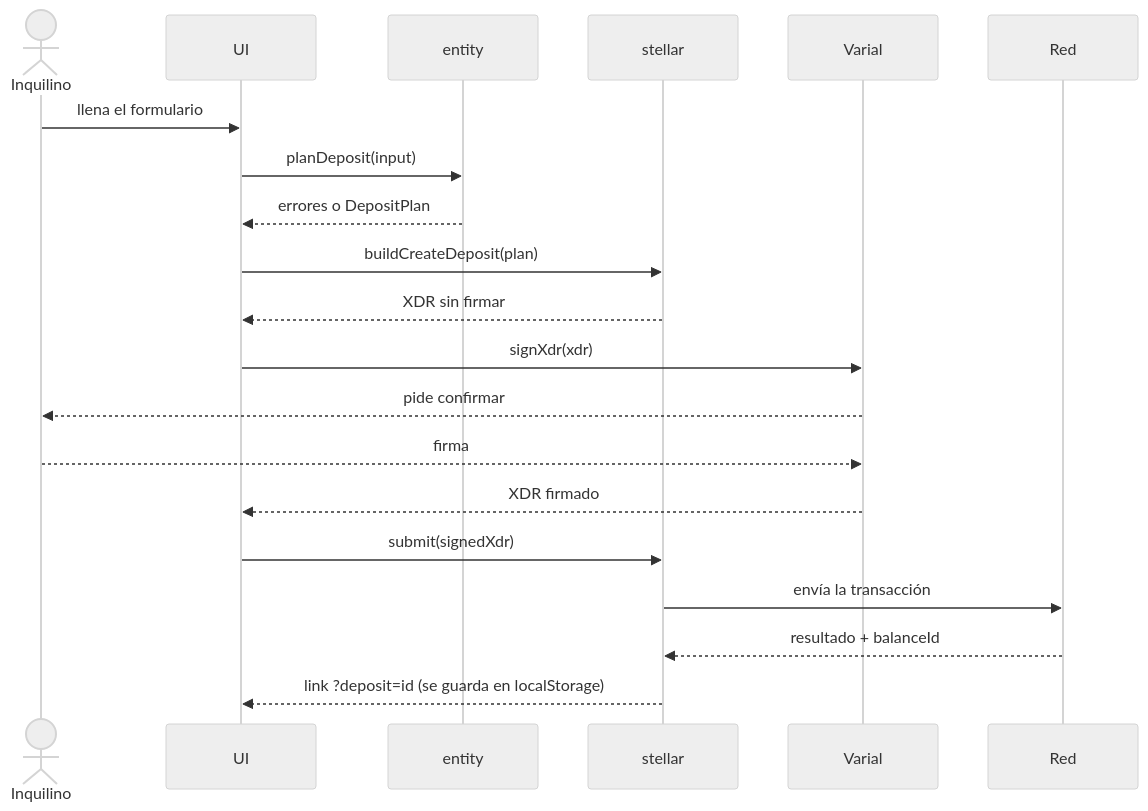
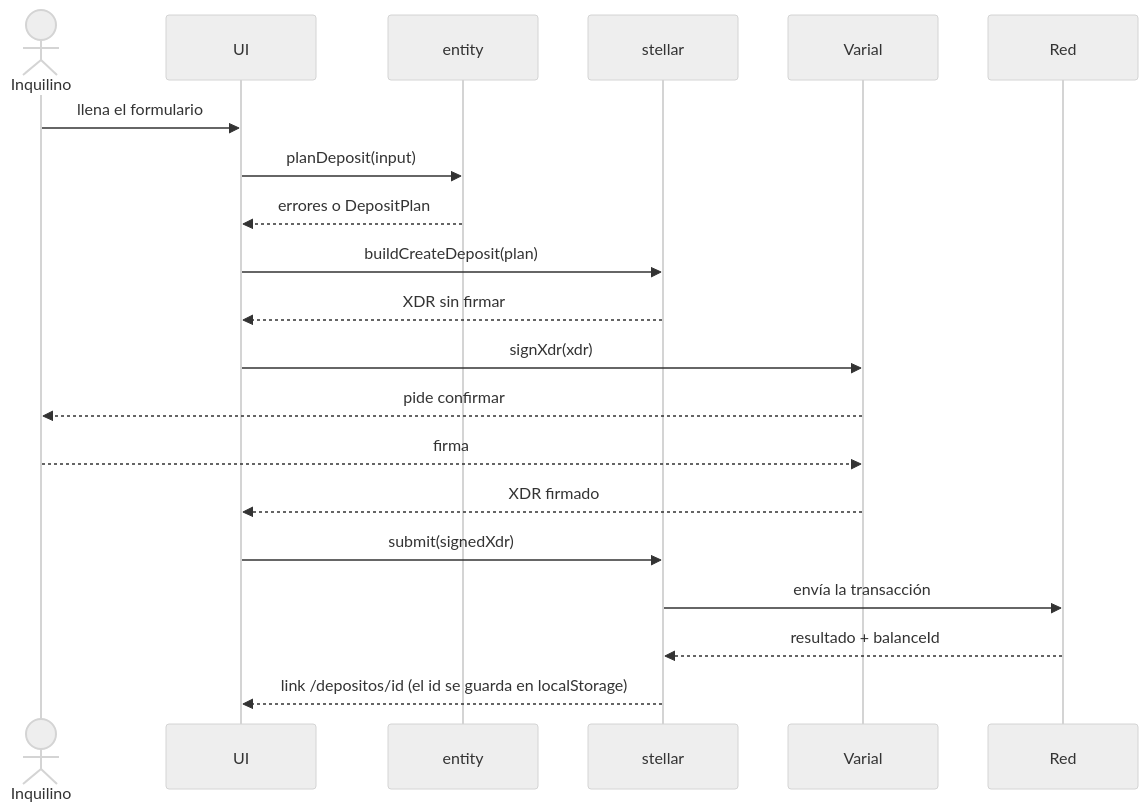
Before and after one commit to Oppia-Software-Labs/Pura-Vida-Bootcamp-1: the second of 4 diagrams in Roney Ruiz/context/structure.md, drawn with Mermaid (neutral theme). The commit also changed other lines of this file and 4 other files, not shown here.

````diff
--- a/Roney Ruiz/context/structure.md
+++ b/Roney Ruiz/context/structure.md
@@ -178,23 +194,23 @@
 ```mermaid
 sequenceDiagram
     actor T as Inquilino
     participant UI
     participant D as entity
     participant S as stellar
     participant W as Varial
     participant N as Red
 
     T->>UI: llena el formulario
     UI->>D: planDeposit(input)
     D-->>UI: errores o DepositPlan
     UI->>S: buildCreateDeposit(plan)
     S-->>UI: XDR sin firmar
     UI->>W: signXdr(xdr)
     W-->>T: pide confirmar
     T-->>W: firma
     W-->>UI: XDR firmado
     UI->>S: submit(signedXdr)
     S->>N: envía la transacción
     N-->>S: resultado + balanceId
-    S-->>UI: link ?deposit=id (se guarda en localStorage)
+    S-->>UI: link /depositos/id (el id se guarda en localStorage)
 ```
````
